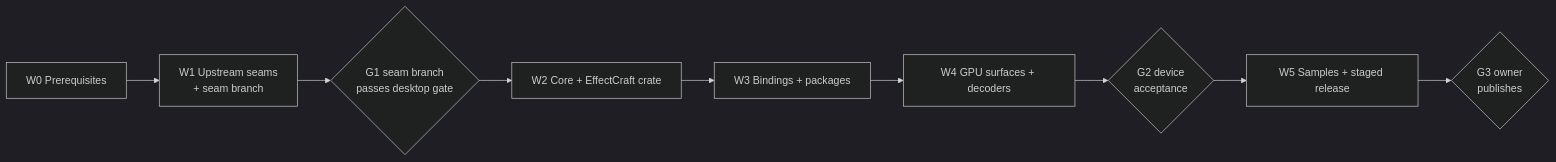
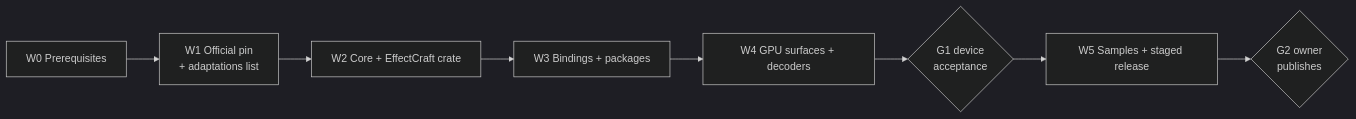
Before and after one commit to ChristopherLinnett/craftbridge: the sixth of 6 diagrams in plan/EFFECTCRAFT-PLUGIN-PORT-SCOPING.md, drawn with Mermaid (dark theme). The commit also changed other lines of this file and 2271 other files, not shown here.

````diff
--- a/plan/EFFECTCRAFT-PLUGIN-PORT-SCOPING.md
+++ b/plan/EFFECTCRAFT-PLUGIN-PORT-SCOPING.md
@@ -873,12 +889,11 @@
 ```mermaid
-%% @drawio d06-rollout | Build order: each wave stands on the one before; three gates decide when the SDK moves on and when it is published.
+%% @drawio d06-rollout | Build order: each wave stands on the one before; two gates decide when the SDK moves on and when it is published.
 flowchart LR
-  W0["W0 Prerequisites"] --> W1["W1 Upstream seams<br/>+ seam branch"]
-  W1 --> G1{"G1 seam branch<br/>passes desktop gate"}
-  G1 --> W2["W2 Core + EffectCraft crate"]
+  W0["W0 Prerequisites"] --> W1["W1 Official pin<br/>+ adaptations list"]
+  W1 --> W2["W2 Core + EffectCraft crate"]
   W2 --> W3["W3 Bindings + packages"]
   W3 --> W4["W4 GPU surfaces + decoders"]
-  W4 --> G2{"G2 device<br/>acceptance"}
-  G2 --> W5["W5 Samples + staged release"]
-  W5 --> G3{"G3 owner<br/>publishes"}
+  W4 --> G1{"G1 device<br/>acceptance"}
+  G1 --> W5["W5 Samples + staged release"]
+  W5 --> G2{"G2 owner<br/>publishes"}
 ```
````
